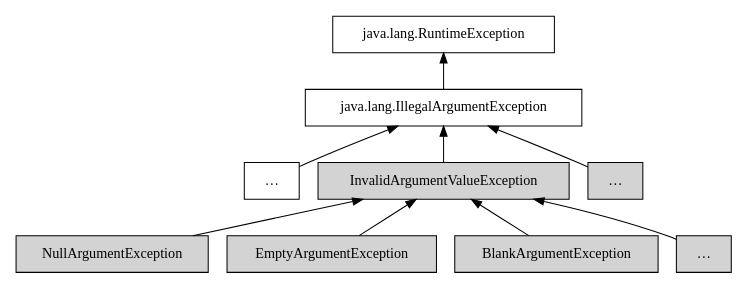
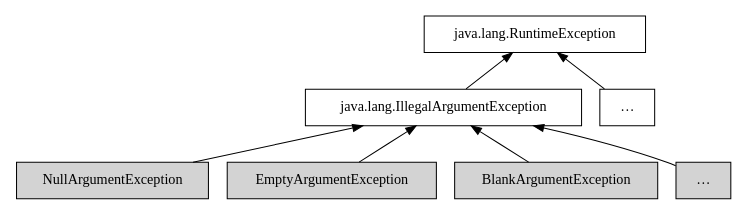
Before and after one commit to tquadrat/documents: the diagram in JavaCodingConventions/src/coding/customExceptions/customValidationException.gv, drawn with Graphviz. The commit also changed 7 other files, not shown here.

```diff
--- a/JavaCodingConventions/src/coding/customExceptions/customValidationException.gv
+++ b/JavaCodingConventions/src/coding/customExceptions/customValidationException.gv
@@ -1,20 +1,17 @@
 digraph {
   size="6,11"
   rankdir="BT"
   
   node          [shape=box,style=filled,fillcolor="white"]
   
   runtimeexception [label="java.lang.RuntimeException"]
   illegalargumentexception [label="java.lang.IllegalArgumentException"]
   otherexception  [label="…"]
-  invalidargumentvalueexception [label="InvalidArgumentValueException",fillcolor="lightgrey"]
   nullargumentexception  [label="NullArgumentException",fillcolor="lightgrey"]
   emptyargumentexception  [label="EmptyArgumentException",fillcolor="lightgrey"]
   blankargumentexception  [label="BlankArgumentException",fillcolor="lightgrey"]
   otherexception1  [label="…",fillcolor="lightgrey"]
-  otherexception2  [label="…",fillcolor="lightgrey"]
 
-  illegalargumentexception -> runtimeexception
-  {otherexception,invalidargumentvalueexception,otherexception1} -> illegalargumentexception
-  {nullargumentexception,emptyargumentexception,blankargumentexception,otherexception2} -> invalidargumentvalueexception
+  {nullargumentexception,emptyargumentexception,blankargumentexception,otherexception1} -> illegalargumentexception
+  {otherexception,illegalargumentexception} -> runtimeexception
 } 
```
